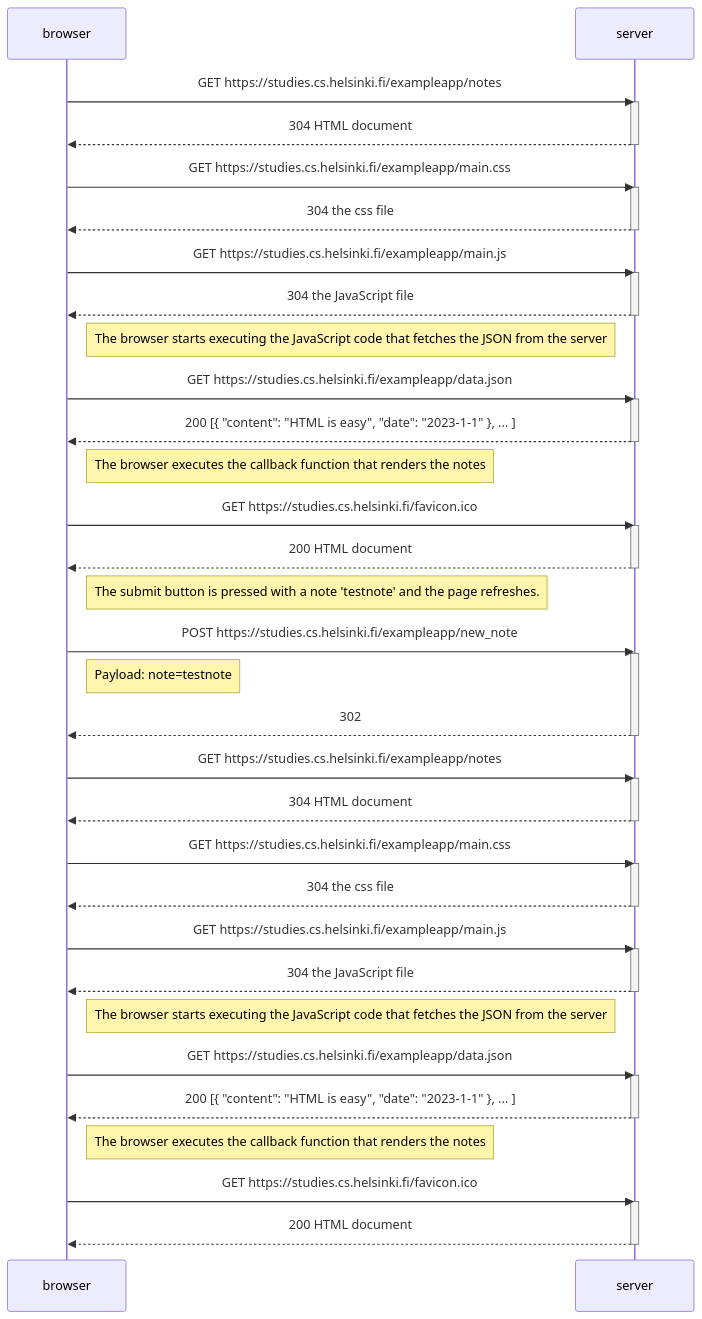
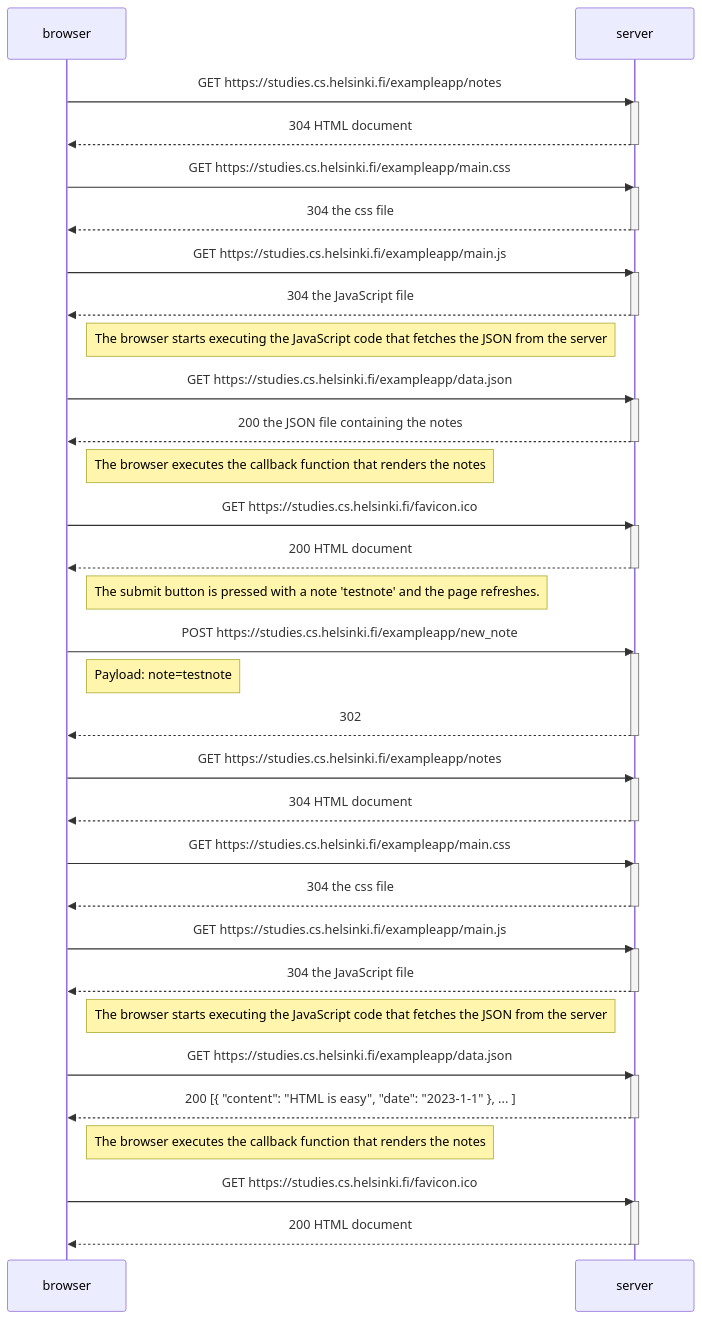
The diagram in part0/newnotediagram.md (immosentomppa/fullstackopen), drawn with Mermaid before and after one commit.

````diff
--- a/part0/newnotediagram.md
+++ b/part0/newnotediagram.md
@@ -2,71 +2,71 @@
 ```mermaid
 sequenceDiagram
     participant browser
     participant server
 
     browser->>server: GET https://studies.cs.helsinki.fi/exampleapp/notes
     activate server
     server-->>browser: 304 HTML document
     deactivate server
 
     browser->>server: GET https://studies.cs.helsinki.fi/exampleapp/main.css
     activate server
     server-->>browser: 304 the css file
     deactivate server
 
     browser->>server: GET https://studies.cs.helsinki.fi/exampleapp/main.js
     activate server
     server-->>browser: 304 the JavaScript file
     deactivate server
 
     Note right of browser: The browser starts executing the JavaScript code that fetches the JSON from the server
 
     browser->>server: GET https://studies.cs.helsinki.fi/exampleapp/data.json
     activate server
-    server-->>browser: 200 [{ "content": "HTML is easy", "date": "2023-1-1" }, ... ]
+    server-->>browser: 200 the JSON file containing the notes
     deactivate server
 
     Note right of browser: The browser executes the callback function that renders the notes
     
     browser->>server: GET https://studies.cs.helsinki.fi/favicon.ico
     activate server
     server-->>browser: 200 HTML document
     deactivate server
     
     Note right of browser: The submit button is pressed with a note 'testnote' and the page refreshes.
     browser->>server: POST https://studies.cs.helsinki.fi/exampleapp/new_note
     activate server
     Note right of browser: Payload: note=testnote
     server-->>browser: 302
     deactivate server
     
     browser->>server: GET https://studies.cs.helsinki.fi/exampleapp/notes
     activate server
     server-->>browser: 304 HTML document
     deactivate server
 
     browser->>server: GET https://studies.cs.helsinki.fi/exampleapp/main.css
     activate server
     server-->>browser: 304 the css file
     deactivate server
 
     browser->>server: GET https://studies.cs.helsinki.fi/exampleapp/main.js
     activate server
     server-->>browser: 304 the JavaScript file
     deactivate server
 
     Note right of browser: The browser starts executing the JavaScript code that fetches the JSON from the server
 
     browser->>server: GET https://studies.cs.helsinki.fi/exampleapp/data.json
     activate server
     server-->>browser: 200 [{ "content": "HTML is easy", "date": "2023-1-1" }, ... ]
     deactivate server
 
     Note right of browser: The browser executes the callback function that renders the notes
     
     browser->>server: GET https://studies.cs.helsinki.fi/favicon.ico
     activate server
     server-->>browser: 200 HTML document
     deactivate server
     
 ```    
````
